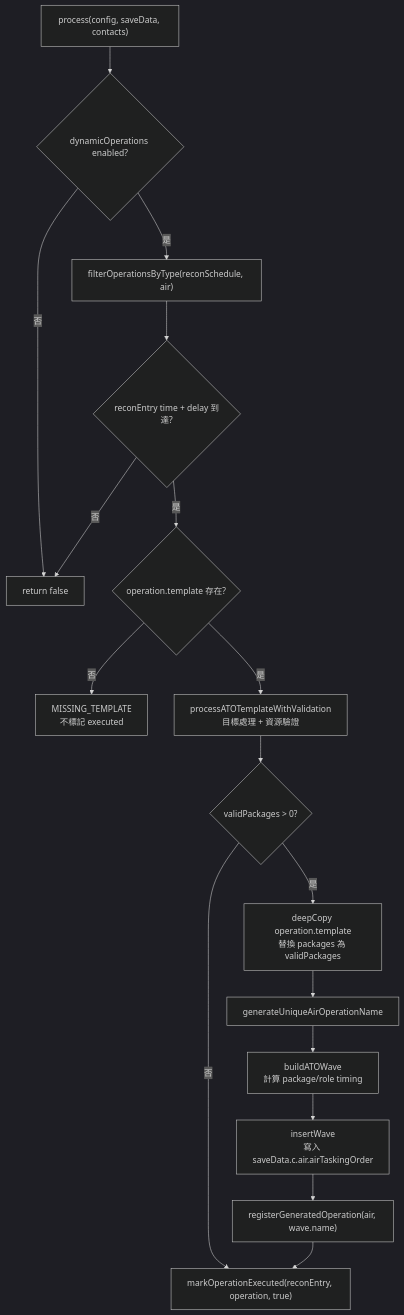
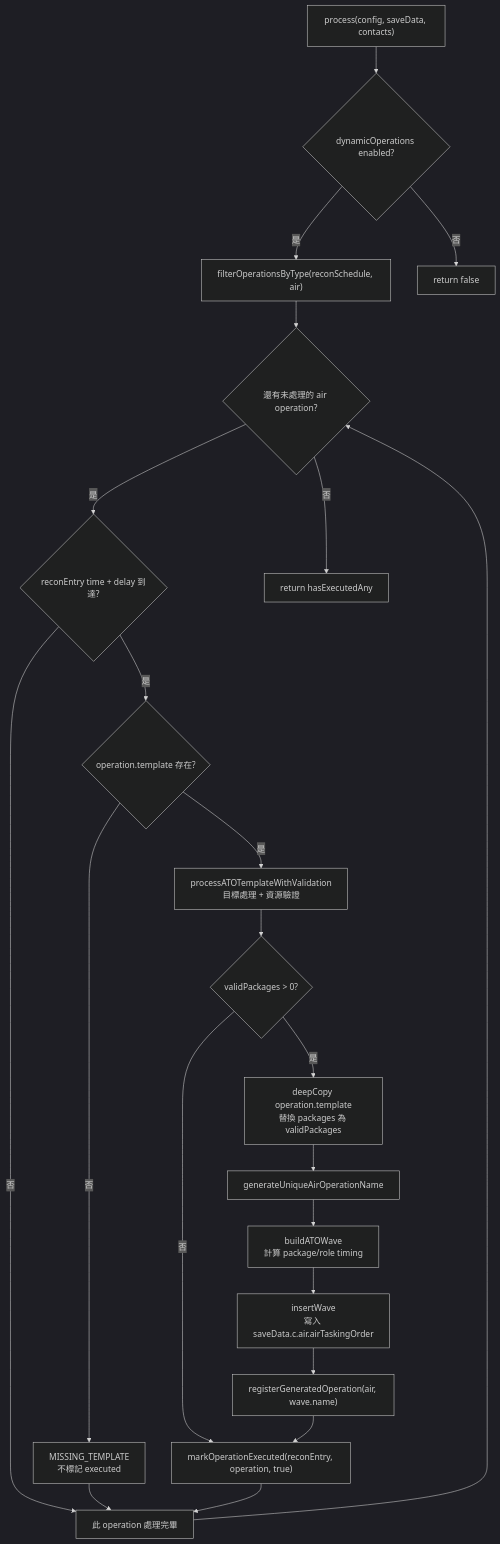
One commit to pullupjumper/formosa-in-flames changed the diagram in docs/strikePlanner/dynamicATOInsertion.md. Above: the diagram before and after it, drawn with Mermaid (dark theme). The commit also changed other lines of this file and 3 other files, not shown here.

````diff
--- a/docs/strikePlanner/dynamicATOInsertion.md
+++ b/docs/strikePlanner/dynamicATOInsertion.md
@@ -23,26 +23,35 @@
 ```mermaid
 flowchart TD
     ENTRY["process(config, saveData, contacts)"]
     ENABLED{"dynamicOperations enabled?"}
     FILTER["filterOperationsByType(reconSchedule, air)"]
+    LOOP{"還有未處理的 air operation?"}
     TRIGGER{"reconEntry time + delay 到達?"}
     TEMPLATE{"operation.template 存在?"}
     VALIDATE["processATOTemplateWithValidation<br>目標處理 + 資源驗證"]
     HAS_PACKAGE{"validPackages > 0?"}
     COPY["deepCopy operation.template<br>替換 packages 為 validPackages"]
     NAME["generateUniqueAirOperationName"]
     BUILD["buildATOWave<br>計算 package/role timing"]
     INSERT["insertWave<br>寫入 saveData.c.air.airTaskingOrder"]
     REGISTER["registerGeneratedOperation(air, wave.name)"]
     MARK["markOperationExecuted(reconEntry, operation, true)"]
+    LOG_ERROR["MISSING_TEMPLATE<br>不標記 executed"]
+    NEXT["此 operation 處理完畢"]
+    END_FALSE["return false"]
+    END_RESULT["return hasExecutedAny"]
 
     ENTRY --> ENABLED
-    ENABLED -->|否| END_FALSE["return false"]
-    ENABLED -->|是| FILTER --> TRIGGER
-    TRIGGER -->|否| END_FALSE
+    ENABLED -->|否| END_FALSE
+    ENABLED -->|是| FILTER --> LOOP
+    LOOP -->|否| END_RESULT
+    LOOP -->|是| TRIGGER
+    TRIGGER -->|否| NEXT
     TRIGGER -->|是| TEMPLATE
-    TEMPLATE -->|否| LOG_ERROR["MISSING_TEMPLATE<br>不標記 executed"]
+    TEMPLATE -->|否| LOG_ERROR --> NEXT
     TEMPLATE -->|是| VALIDATE --> HAS_PACKAGE
     HAS_PACKAGE -->|否| MARK
     HAS_PACKAGE -->|是| COPY --> NAME --> BUILD --> INSERT --> REGISTER --> MARK
+    MARK --> NEXT
+    NEXT --> LOOP
 ```
````
